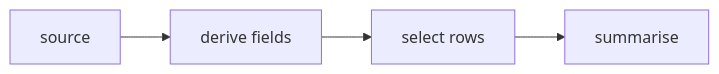
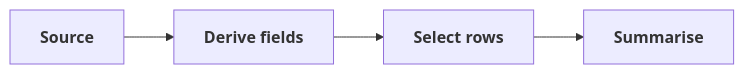
The second of 8 diagrams in docs/execution/graph-structure.md (FAST-HEP/fasthep-flow), drawn with Mermaid before and after one commit. The commit also changed other lines of this file and 7 other files, not shown here.

````diff
--- a/docs/execution/graph-structure.md
+++ b/docs/execution/graph-structure.md
@@ -35,9 +35,9 @@
 ```{mermaid}
 flowchart LR
-    Source["source"]
-    Define["derive fields"]
-    Select["select rows"]
-    Hist["summarise"]
+    Source["<b>Source</b>"]:::source
+    Define["<b>Derive fields</b>"]:::transform
+    Select["<b>Select rows</b>"]:::transform
+    Hist["<b>Summarise</b>"]:::transform
 
     Source --> Define --> Select --> Hist
 ```
````
